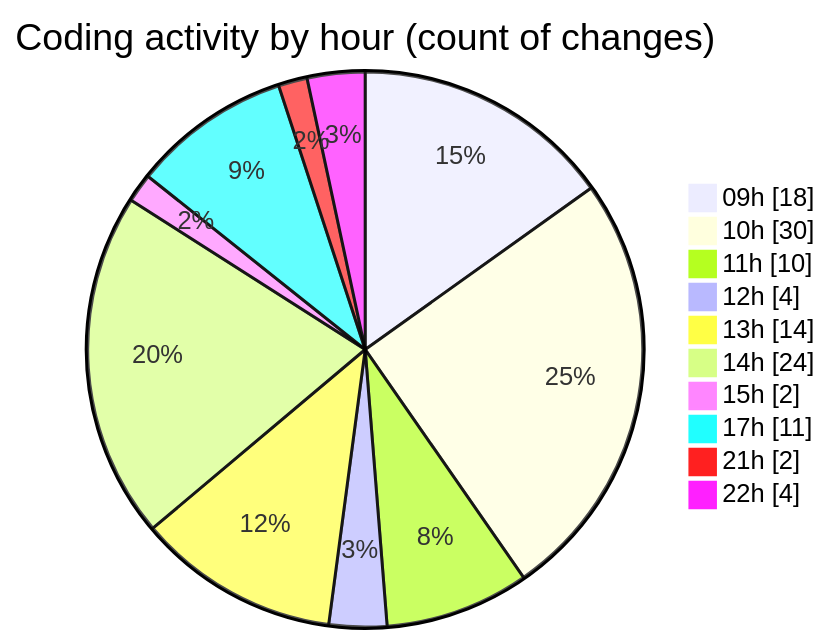
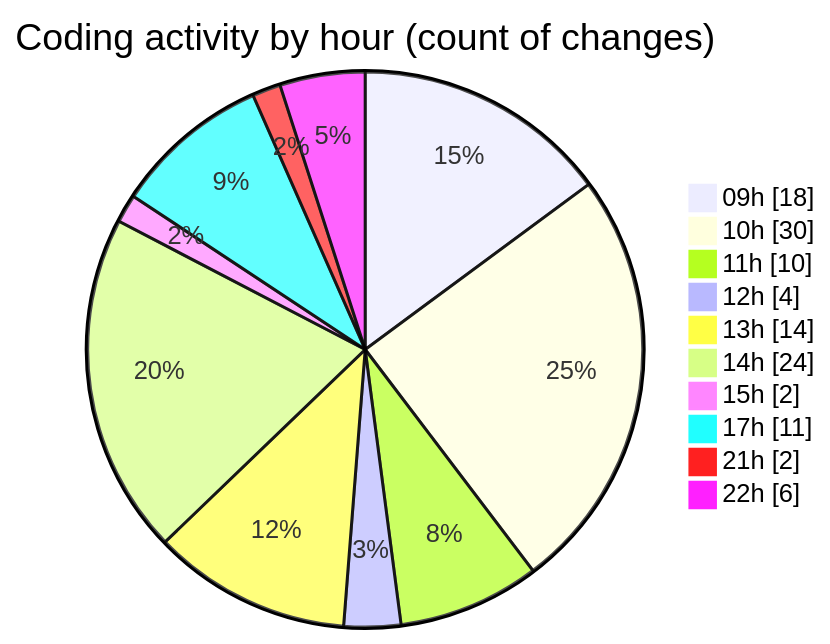
One commit to momahboobian/code-tracking changed the second of 2 diagrams in 2026-09-23/cda/README.md. Above: the diagram before and after it, drawn with Mermaid. The commit also changed other lines of this file and 1 other file, not shown here.

````diff
--- a/2026-09-23/cda/README.md
+++ b/2026-09-23/cda/README.md
@@ -70,14 +71,14 @@
 ```mermaid
 pie showData
 title Coding activity by hour (count of changes)
 "09h" : 18
 "10h" : 30
 "11h" : 10
 "12h" : 4
 "13h" : 14
 "14h" : 24
 "15h" : 2
 "17h" : 11
 "21h" : 2
-"22h" : 4
+"22h" : 6
 ```
````
